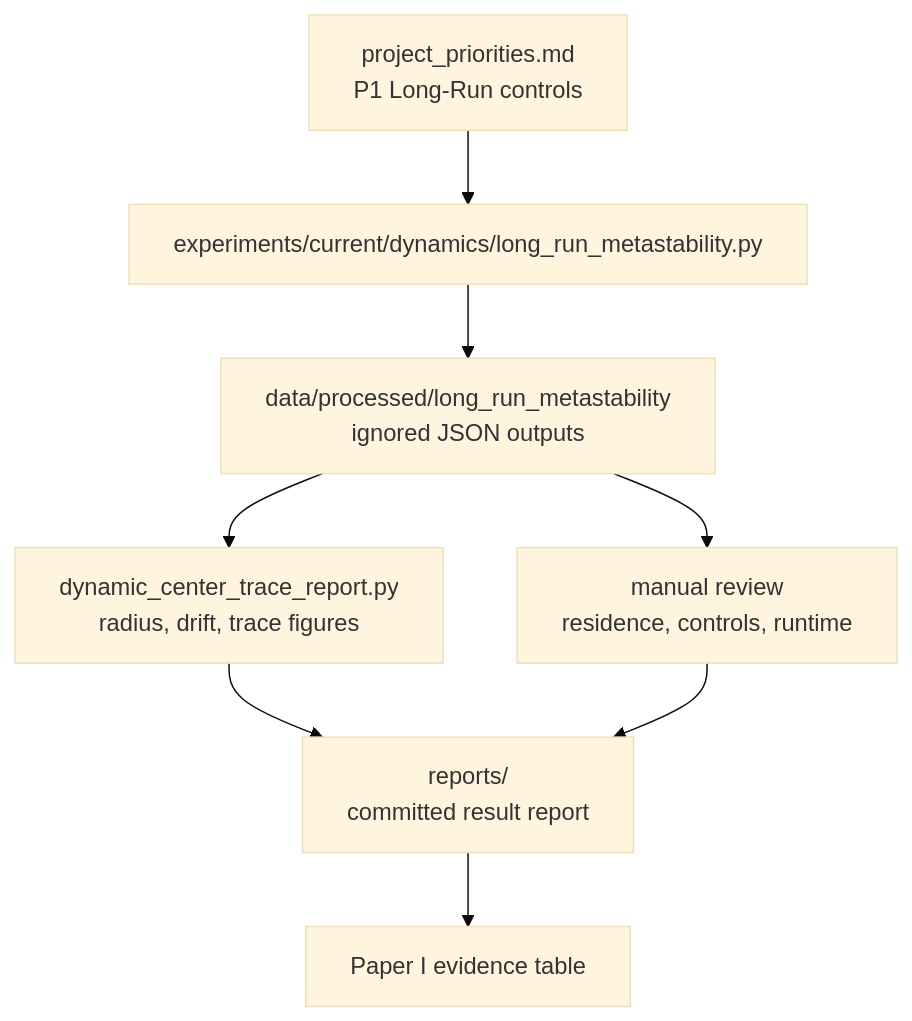
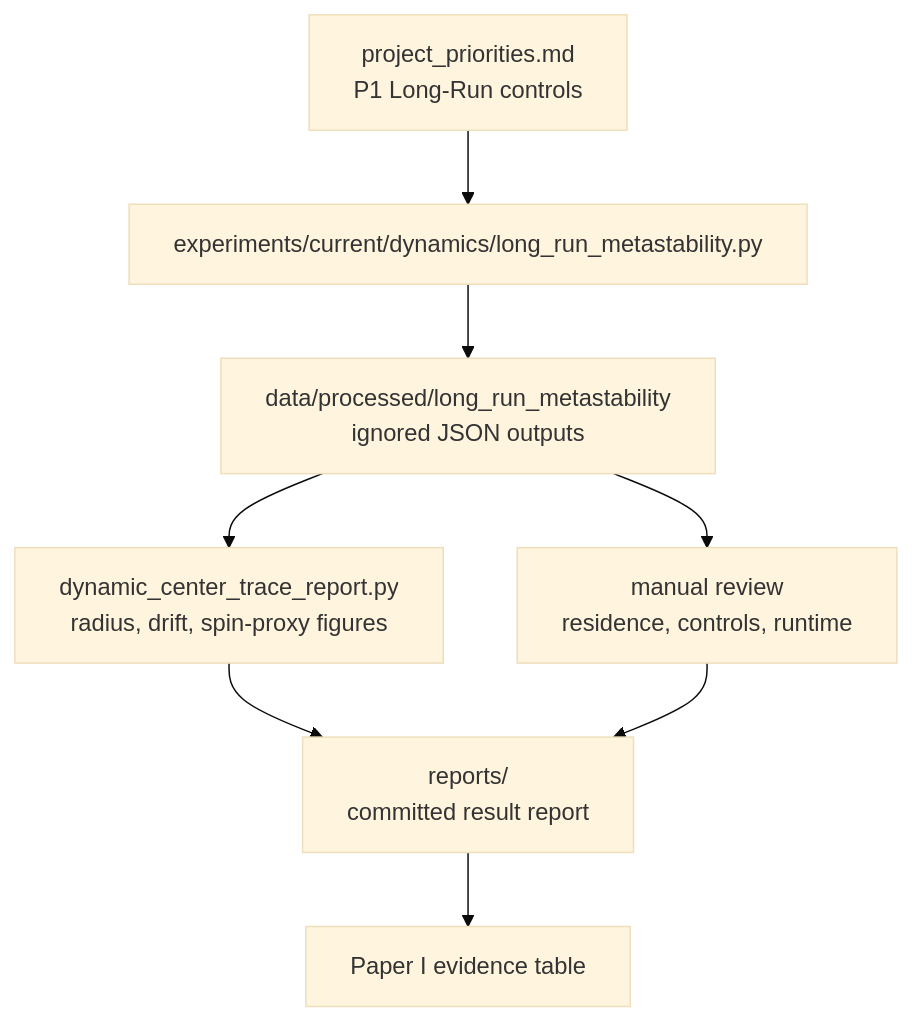
One commit to MemoryDynamics/Knoten changed the fourth of 4 diagrams in docs/reference/repository_map.md. Above: the diagram before and after it, drawn with Mermaid (base theme). The commit also changed other lines of this file and 13 other files, not shown here.

Commit message:
Add dynamic spin proxy trace diagnostics

````diff
--- a/docs/reference/repository_map.md
+++ b/docs/reference/repository_map.md
@@ -108,10 +108,10 @@
 ```mermaid
 flowchart TD
     plan["project_priorities.md<br/>P1 Long-Run controls"] --> runner["experiments/current/dynamics/long_run_metastability.py"]
     runner --> local["data/processed/long_run_metastability<br/>ignored JSON outputs"]
-    local --> trace_review["dynamic_center_trace_report.py<br/>radius, drift, trace figures"]
+    local --> trace_review["dynamic_center_trace_report.py<br/>radius, drift, spin-proxy figures"]
     local --> review["manual review<br/>residence, controls, runtime"]
     trace_review --> report["reports/<br/>committed result report"]
     review --> report["reports/<br/>committed result report"]
     report --> paper1["Paper I evidence table"]
 ```
````
